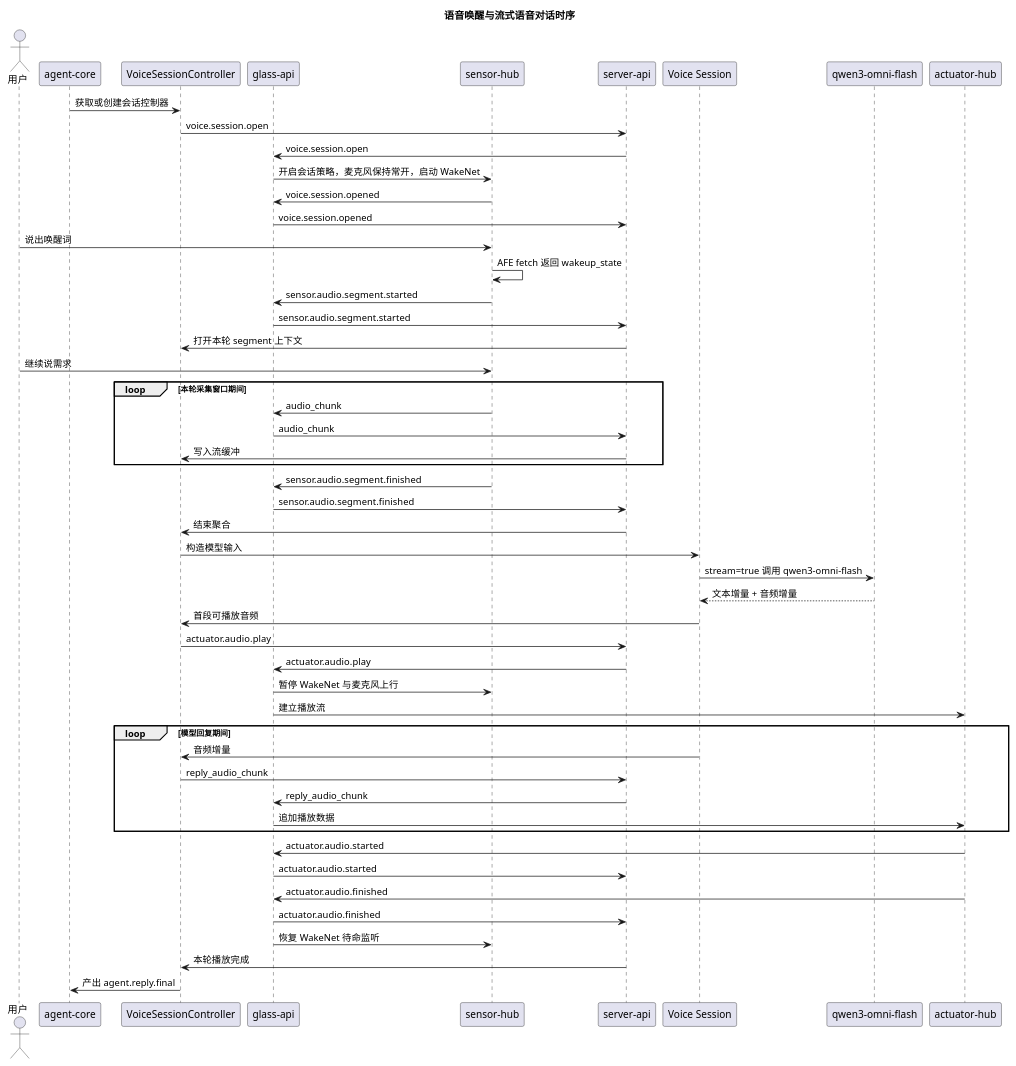
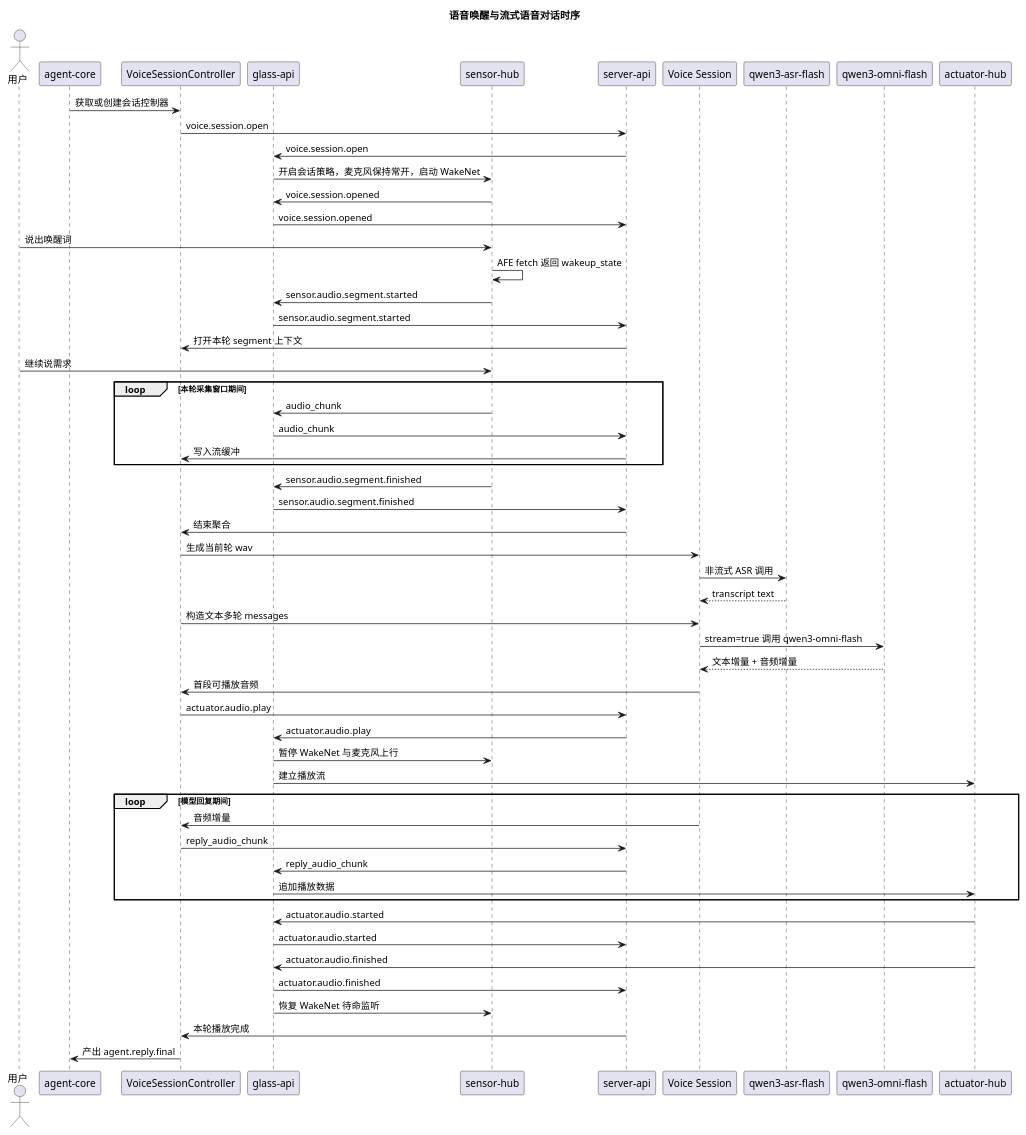
The diagram in doc/structure-design/语音对话协议与时序设计.md (HengeLiu/RealtimeAgent), drawn with PlantUML before and after one commit. The commit also changed other lines of this file and 7 other files, not shown here.

````diff
--- a/doc/structure-design/语音对话协议与时序设计.md
+++ b/doc/structure-design/语音对话协议与时序设计.md
@@ -461,60 +528,64 @@
 ```plantuml
 @startuml
 title 语音唤醒与流式语音对话时序
 
 actor 用户
 participant "agent-core" as ACORE
 participant "VoiceSessionController" as CTRL
 participant "glass-api" as GAPI
 participant "sensor-hub" as SHUB
 participant "server-api" as SAPI
 participant "Voice Session" as VS
+participant "qwen3-asr-flash" as ASR
 participant "qwen3-omni-flash" as LLM
 participant "actuator-hub" as AHUB
 
 ACORE -> CTRL : 获取或创建会话控制器
 CTRL -> SAPI : voice.session.open
 SAPI -> GAPI : voice.session.open
 GAPI -> SHUB : 开启会话策略，麦克风保持常开，启动 WakeNet
 SHUB -> GAPI : voice.session.opened
 GAPI -> SAPI : voice.session.opened
 
 用户 -> SHUB : 说出唤醒词
 SHUB -> SHUB : AFE fetch 返回 wakeup_state
 SHUB -> GAPI : sensor.audio.segment.started
 GAPI -> SAPI : sensor.audio.segment.started
 SAPI -> CTRL : 打开本轮 segment 上下文
 
 用户 -> SHUB : 继续说需求
 loop 本轮采集窗口期间
   SHUB -> GAPI : audio_chunk
   GAPI -> SAPI : audio_chunk
   SAPI -> CTRL : 写入流缓冲
 end
 
 SHUB -> GAPI : sensor.audio.segment.finished
 GAPI -> SAPI : sensor.audio.segment.finished
 SAPI -> CTRL : 结束聚合
-CTRL -> VS : 构造模型输入
+CTRL -> VS : 生成当前轮 wav
+VS -> ASR : 非流式 ASR 调用
+ASR --> VS : transcript text
+CTRL -> VS : 构造文本多轮 messages
 VS -> LLM : stream=true 调用 qwen3-omni-flash
 LLM --> VS : 文本增量 + 音频增量
 VS -> CTRL : 首段可播放音频
 CTRL -> SAPI : actuator.audio.play
 SAPI -> GAPI : actuator.audio.play
 GAPI -> SHUB : 暂停 WakeNet 与麦克风上行
 GAPI -> AHUB : 建立播放流
 loop 模型回复期间
   VS -> CTRL : 音频增量
   CTRL -> SAPI : reply_audio_chunk
   SAPI -> GAPI : reply_audio_chunk
   GAPI -> AHUB : 追加播放数据
 end
 AHUB -> GAPI : actuator.audio.started
 GAPI -> SAPI : actuator.audio.started
 AHUB -> GAPI : actuator.audio.finished
 GAPI -> SAPI : actuator.audio.finished
 GAPI -> SHUB : 恢复 WakeNet 待命监听
 SAPI -> CTRL : 本轮播放完成
 CTRL -> ACORE : 产出 agent.reply.final
 @enduml
 ```
````
